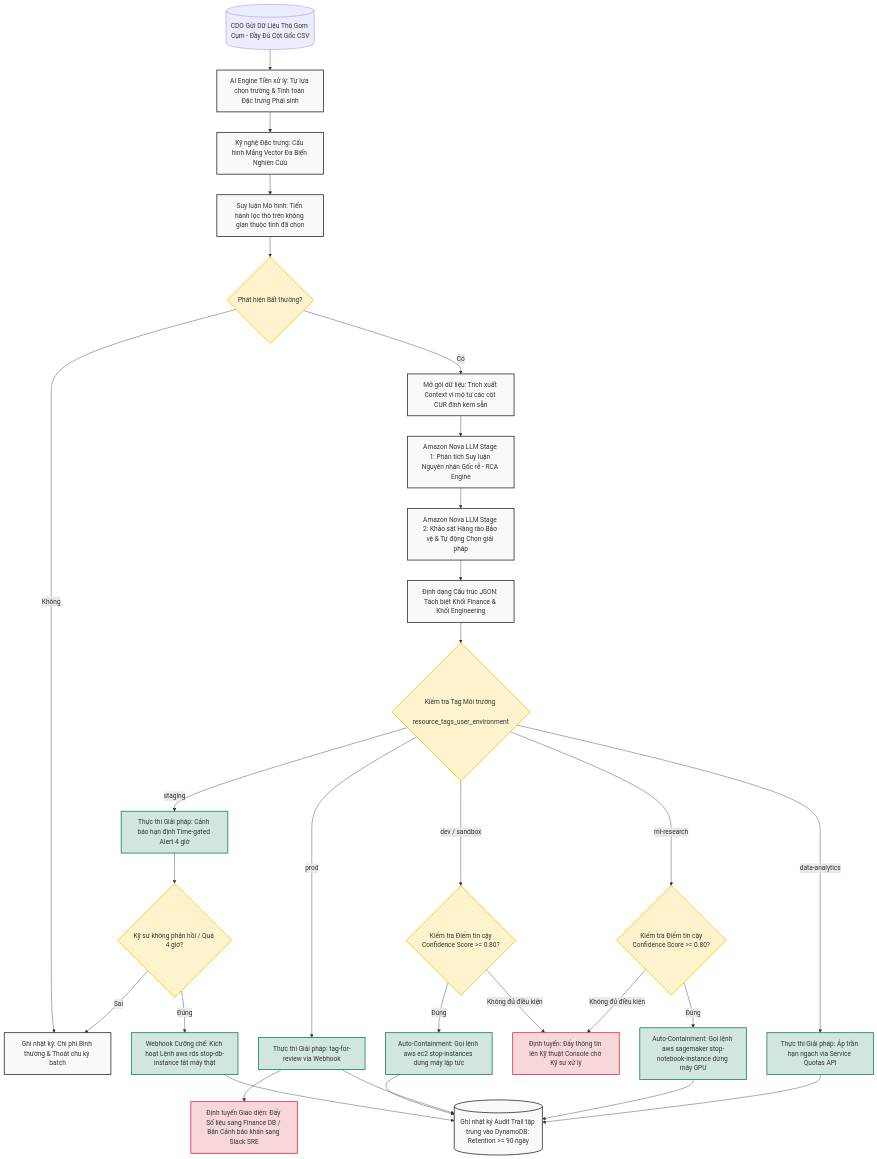
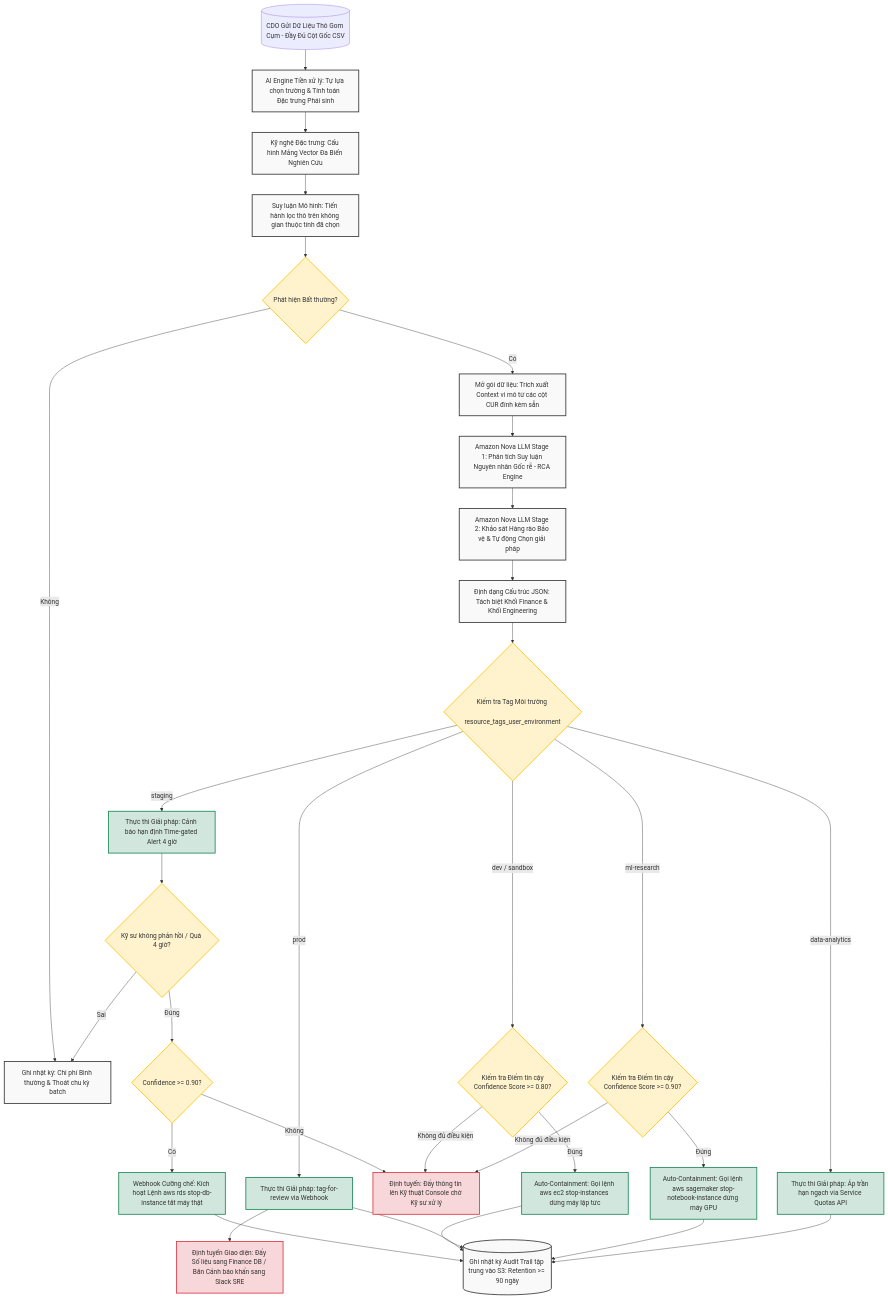
The second of 2 diagrams in templates/ai/docs/02_solution_design.md (kietoichoiDXD/AIOPS-w1), drawn with Mermaid before and after one commit. The commit also changed other lines of this file and 121 other files, not shown here.

````diff
--- a/templates/ai/docs/02_solution_design.md
+++ b/templates/ai/docs/02_solution_design.md
@@ -104,40 +106,42 @@
 ```mermaid
 graph TD
     %% Định nghĩa phong cách đồ họa
     classDef process fill:#f9f9f9,stroke:#333,stroke-width:2px;
     classDef condition fill:#fff3cd,stroke:#ffc107,stroke-width:2px;
     classDef alert fill:#f8d7da,stroke:#dc3545,stroke-width:2px;
     classDef action fill:#d1e7dd,stroke:#198754,stroke-width:2px;
 
     A[(CDO Gửi Dữ Liệu Thô Gom Cụm - Đầy Đủ Cột Gốc CSV)] --> B[AI Engine Tiền xử lý: Tự lựa chọn trường & Tính toán Đặc trưng Phái sinh]:::process
     B --> C[Kỹ nghệ Đặc trưng: Cấu hình Mảng Vector Đa Biến Nghiên Cứu]:::process
     
     C --> D[Suy luận Mô hình: Tiến hành lọc thô trên không gian thuộc tính đã chọn]:::process
     D --> E{Phát hiện Bất thường?}:::condition
     E -- Không --> F[Ghi nhật ký: Chi phí Bình thường & Thoát chu kỳ batch]:::process
     
     E -- Có --> G[Mở gói dữ liệu: Trích xuất Context vi mô từ các cột CUR đính kèm sẵn]:::process
     
     G --> H[Amazon Nova LLM Stage 1: Phân tích Suy luận Nguyên nhân Gốc rễ - RCA Engine]:::process
     H --> I[Amazon Nova LLM Stage 2: Khảo sát Hàng rào Bảo vệ & Tự động Chọn giải pháp]:::process
     I --> K[Định dạng Cấu trúc JSON: Tách biệt Khối Finance & Khối Engineering]:::process
     K --> J{Kiểm tra Tag Môi trường <br> resource_tags_user_environment}:::condition
     J -- prod --> L[Thực thi Giải pháp: tag-for-review via Webhook]:::action
     L --> M[Định tuyến Giao diện: Đẩy Số liệu sang Finance DB / Bắn Cảnh báo khẩn sang Slack SRE]:::alert
     J -- staging --> N[Thực thi Giải pháp: Cảnh báo hạn định Time-gated Alert 4 giờ]:::action
     N --> O{Kỹ sư không phản hồi / Quá 4 giờ?}:::condition
-    O -- Đúng --> P[Webhook Cưỡng chế: Kích hoạt Lệnh aws rds stop-db-instance tắt máy thật]:::action
+    O -- Đúng --> Z{Confidence >= 0.90?}:::condition
+    Z -- Có --> P[Webhook Cưỡng chế: Kích hoạt Lệnh aws rds stop-db-instance tắt máy thật]:::action
+    Z -- Không --> S[Định tuyến: Đẩy thông tin lên Kỹ thuật Console chờ Kỹ sư xử lý]:::alert
     O -- Sai --> F
     J -- dev / sandbox --> Q{Kiểm tra Điểm tin cậy <br> Confidence Score >= 0.80?}:::condition
     Q -- Đúng --> R[Auto-Containment: Gọi lệnh aws ec2 stop-instances dừng máy lập tức]:::action
     Q -- Không đủ điều kiện --> S[Định tuyến: Đẩy thông tin lên Kỹ thuật Console chờ Kỹ sư xử lý]:::alert
-    J -- ml-research --> U{Kiểm tra Điểm tin cậy <br> Confidence Score >= 0.80?}:::condition
+    J -- ml-research --> U{Kiểm tra Điểm tin cậy <br> Confidence Score >= 0.90?}:::condition
     U -- Đúng --> V[Auto-Containment: Gọi lệnh aws sagemaker stop-notebook-instance dừng máy GPU]:::action
     U -- Không đủ điều kiện --> S
     J -- data-analytics --> W[Thực thi Giải pháp: Áp trần hạn ngạch via Service Quotas API]:::action
-    P --> T[(Ghi nhật ký Audit Trail tập trung vào DynamoDB: Retention >= 90 ngày)]:::process
+    P --> T[(Ghi nhật ký Audit Trail tập trung vào S3: Retention >= 90 ngày)]:::process
     R --> T
     L --> T
     V --> T
     W --> T
 ```
````
